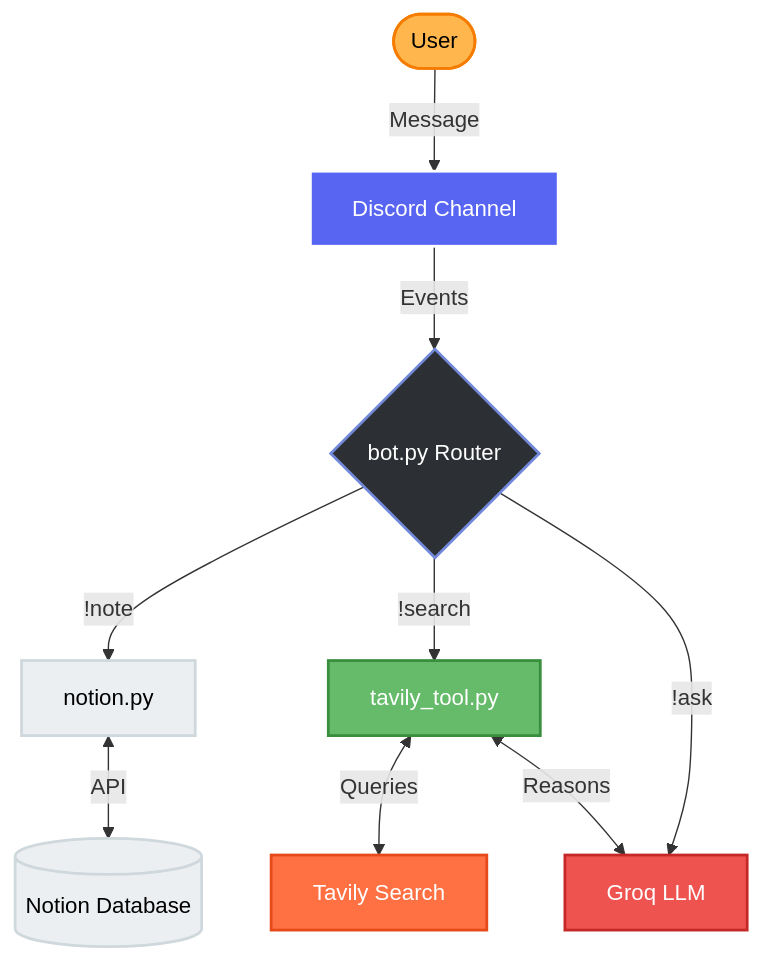
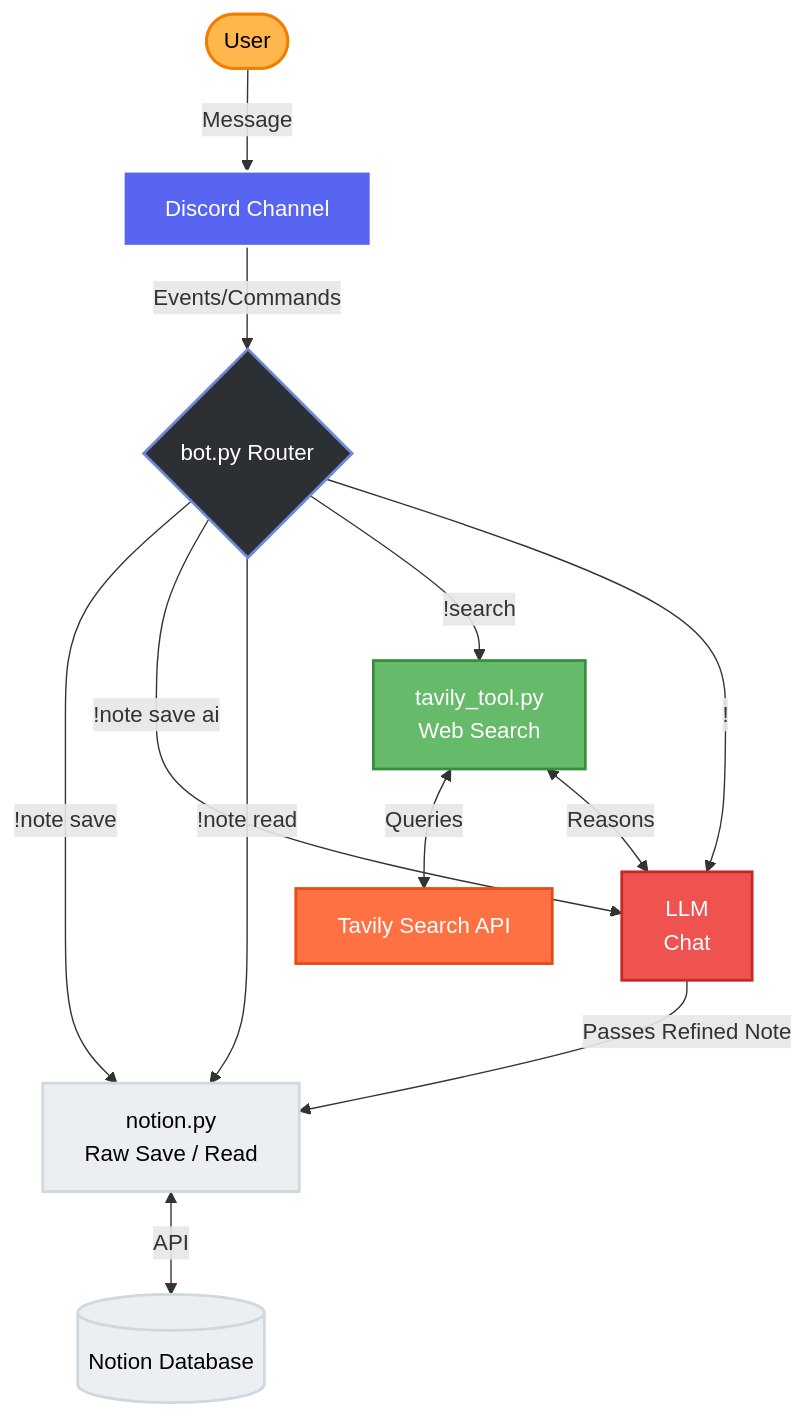
One commit to farhanrhine/Discord-Notion-Sync changed the diagram in README.md. Above: the diagram before and after it, drawn with Mermaid. The commit also changed other lines of this file, not shown here.

Commit message:
docs: update architecture diagram and command documentation to reflect refined LLM routing logic

````diff
--- a/README.md
+++ b/README.md
@@ -16,24 +16,27 @@
 ```mermaid
 flowchart TD
     %% Define Styles
     classDef user fill:#FFB74D,stroke:#F57C00,stroke-width:2px,color:#000;
     classDef discord fill:#5865F2,stroke:#fff,stroke-width:2px,color:#fff;
     classDef bot fill:#2C2F33,stroke:#7289DA,stroke-width:2px,color:#fff;
     classDef agent fill:#66BB6A,stroke:#388E3C,stroke-width:2px,color:#fff;
     classDef notion fill:#ECEFF1,stroke:#CFD8DC,stroke-width:2px,color:#000;
     classDef tavily fill:#FF7043,stroke:#E64A19,stroke-width:2px,color:#fff;
-    classDef groq fill:#EF5350,stroke:#C62828,stroke-width:2px,color:#fff;
+    classDef LLM fill:#EF5350,stroke:#C62828,stroke-width:2px,color:#fff;
 
     User([User]):::user -->|Message| Discord[Discord Channel]:::discord
-    Discord -->|Events| Bot{bot.py Router}:::bot
+    Discord -->|Events/Commands| Bot{bot.py Router}:::bot
 
-    %% Routing Logic
-    Bot -->|!note| NotionNode[notion.py]:::notion
-    Bot -->|!search| AgentNode[tavily_tool.py]:::agent
-    Bot -->|!ask| GroqNode[Groq LLM]:::groq
+    %% Command Routing Logic
+    Bot -->|!note save| NotionNode[notion.py \n Raw Save / Read]:::notion
+    Bot -->|!note save ai| LLM[LLM \n Refine Text]:::LLM
+    Bot -->|!note read| NotionNode
+    Bot -->|!search| AgentNode[tavily_tool.py \n Web Search]:::agent
+    Bot -->|!<anything else>| LLM[LLM \n Chat]:::LLM
 
-    %% Data Flow
+    %% Data Flow & External Connections
+    LLM -->|Passes Refined Note| NotionNode
     NotionNode <-->|API| NotionDB[(Notion Database)]:::notion
-    AgentNode <-->|Queries| Tavily[Tavily Search]:::tavily
-    AgentNode <-->|Reasons| GroqNode
+    AgentNode <-->|Queries| Tavily[Tavily Search API]:::tavily
+    AgentNode <-->|Reasons| LLM
 ```
````
